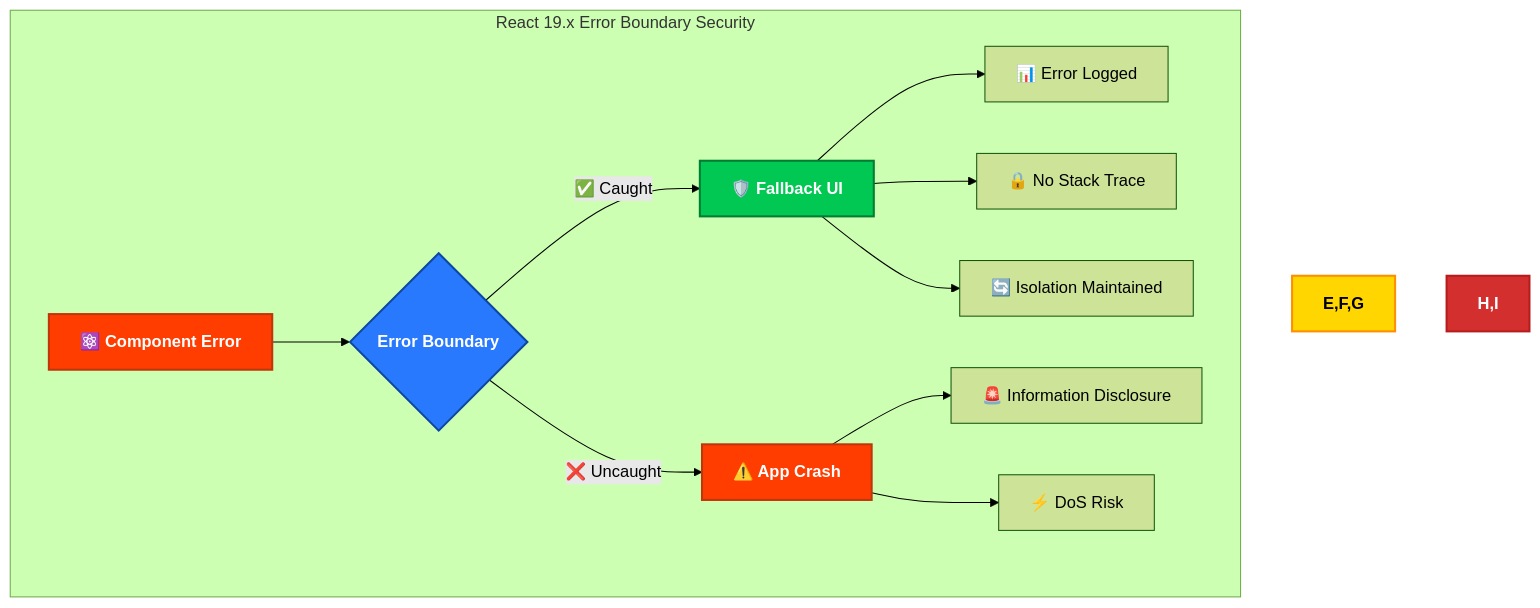
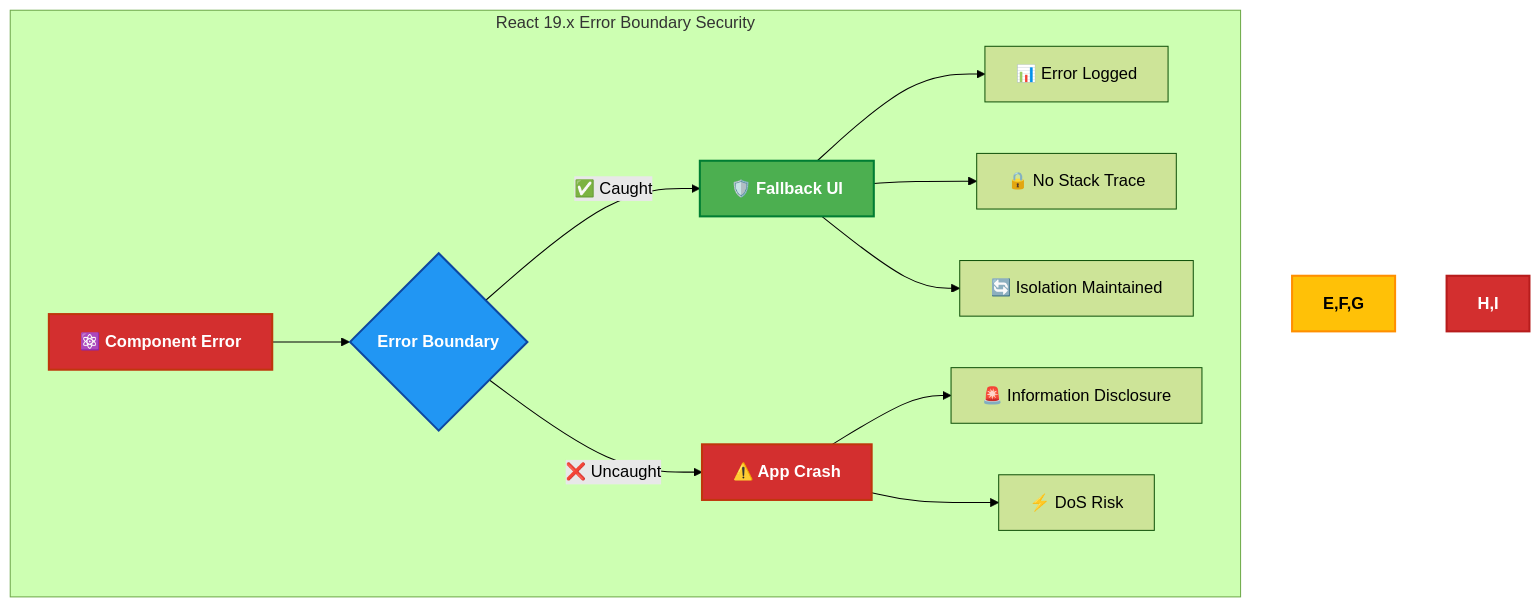
Before and after one commit to step-security-bot/cia-compliance-manager: the sixth of 15 diagrams in docs/architecture/THREAT_MODEL.md, drawn with Mermaid (forest theme). The commit also changed other lines of this file and 27 other files, not shown here.

First line of the commit message:
fix: resolve broken mermaid diagrams and improve color coding to match ISMS style guide (#1106)

````diff
--- a/docs/architecture/THREAT_MODEL.md
+++ b/docs/architecture/THREAT_MODEL.md
@@ -451,23 +408,23 @@
 ```mermaid
 flowchart TD
     subgraph "React 19.x Error Boundary Security"
         A[⚛️ Component Error] --> B{Error Boundary}
         
         B -->|✅ Caught| C[🛡️ Fallback UI]
         B -->|❌ Uncaught| D[⚠️ App Crash]
         
         C --> E[📊 Error Logged]
         C --> F[🔒 No Stack Trace]
         C --> G[🔄 Isolation Maintained]
         
         D --> H[🚨 Information Disclosure]
         D --> I[⚡ DoS Risk]
     end
 
-    style A fill:#FF3D00,stroke:#BF360C,stroke-width:2px,color:white,font-weight:bold
-    style B fill:#2979FF,stroke:#0D47A1,stroke-width:2px,color:white,font-weight:bold
-    style C fill:#00C853,stroke:#007E33,stroke-width:2px,color:white,font-weight:bold
-    style D fill:#FF3D00,stroke:#BF360C,stroke-width:2px,color:white,font-weight:bold
-    style E,F,G fill:#FFD600,stroke:#FF8F00,stroke-width:2px,color:black,font-weight:bold
+    style A fill:#D32F2F,stroke:#BF360C,stroke-width:2px,color:white,font-weight:bold
+    style B fill:#2196F3,stroke:#0D47A1,stroke-width:2px,color:white,font-weight:bold
+    style C fill:#4CAF50,stroke:#007E33,stroke-width:2px,color:white,font-weight:bold
+    style D fill:#D32F2F,stroke:#BF360C,stroke-width:2px,color:white,font-weight:bold
+    style E,F,G fill:#FFC107,stroke:#FF8F00,stroke-width:2px,color:black,font-weight:bold
     style H,I fill:#D32F2F,stroke:#B71C1C,stroke-width:2px,color:white,font-weight:bold
 ```
````
